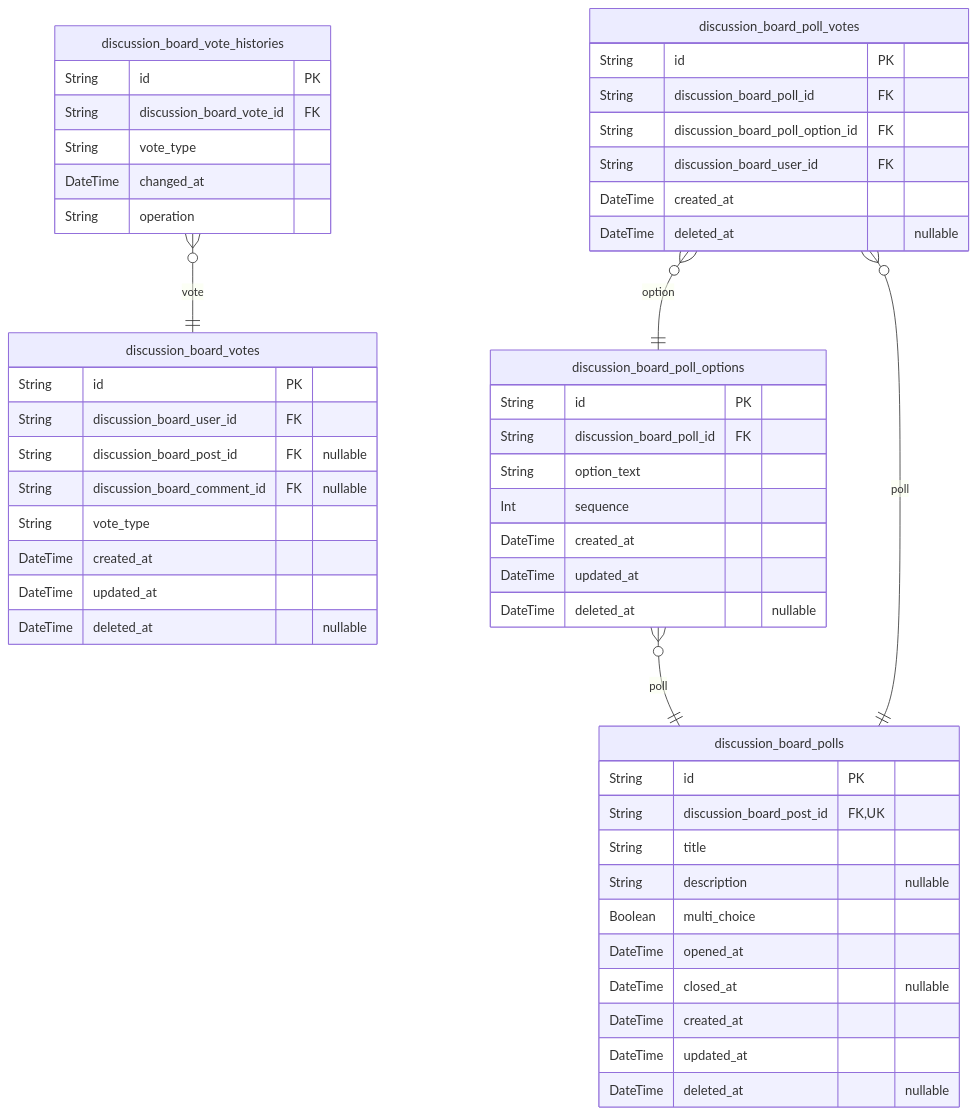
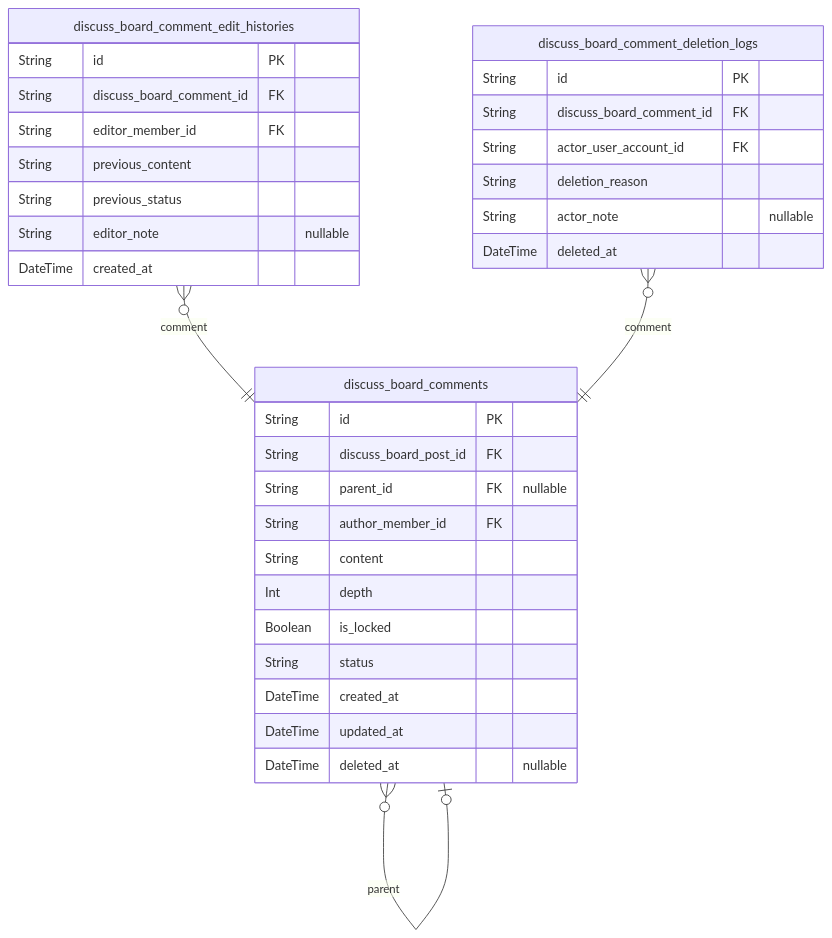
The fourth of 8 diagrams in docs/ERD.md (wrtnlabs/autobe-example-bbs-openai-gpt-4.1), drawn with Mermaid before and after one commit. The commit also changed other lines of this file and 1202 other files, not shown here.

````diff
--- a/docs/ERD.md
+++ b/docs/ERD.md
@@ -552,53 +548,36 @@
 ```mermaid
 erDiagram
-"discussion_board_votes" {
+"discuss_board_comments" {
   String id PK
-  String discussion_board_user_id FK
-  String discussion_board_post_id FK "nullable"
-  String discussion_board_comment_id FK "nullable"
-  String vote_type
+  String discuss_board_post_id FK
+  String parent_id FK "nullable"
+  String author_member_id FK
+  String content
+  Int depth
+  Boolean is_locked
+  String status
   DateTime created_at
   DateTime updated_at
   DateTime deleted_at "nullable"
 }
-"discussion_board_vote_histories" {
+"discuss_board_comment_edit_histories" {
   String id PK
-  String discussion_board_vote_id FK
-  String vote_type
-  DateTime changed_at
-  String operation
+  String discuss_board_comment_id FK
+  String editor_member_id FK
+  String previous_content
+  String previous_status
+  String editor_note "nullable"
+  DateTime created_at
 }
-"discussion_board_polls" {
+"discuss_board_comment_deletion_logs" {
   String id PK
-  String discussion_board_post_id FK,UK
-  String title
-  String description "nullable"
-  Boolean multi_choice
-  DateTime opened_at
-  DateTime closed_at "nullable"
-  DateTime created_at
-  DateTime updated_at
-  DateTime deleted_at "nullable"
+  String discuss_board_comment_id FK
+  String actor_user_account_id FK
+  String deletion_reason
+  String actor_note "nullable"
+  DateTime deleted_at
 }
-"discussion_board_poll_options" {
-  String id PK
-  String discussion_board_poll_id FK
-  String option_text
-  Int sequence
-  DateTime created_at
-  DateTime updated_at
-  DateTime deleted_at "nullable"
-}
-"discussion_board_poll_votes" {
-  String id PK
-  String discussion_board_poll_id FK
-  String discussion_board_poll_option_id FK
-  String discussion_board_user_id FK
-  DateTime created_at
-  DateTime deleted_at "nullable"
-}
-"discussion_board_vote_histories" }o--|| "discussion_board_votes" : vote
-"discussion_board_poll_options" }o--|| "discussion_board_polls" : poll
-"discussion_board_poll_votes" }o--|| "discussion_board_polls" : poll
-"discussion_board_poll_votes" }o--|| "discussion_board_poll_options" : option
+"discuss_board_comments" }o--o| "discuss_board_comments" : parent
+"discuss_board_comment_edit_histories" }o--|| "discuss_board_comments" : comment
+"discuss_board_comment_deletion_logs" }o--|| "discuss_board_comments" : comment
 ```
````
